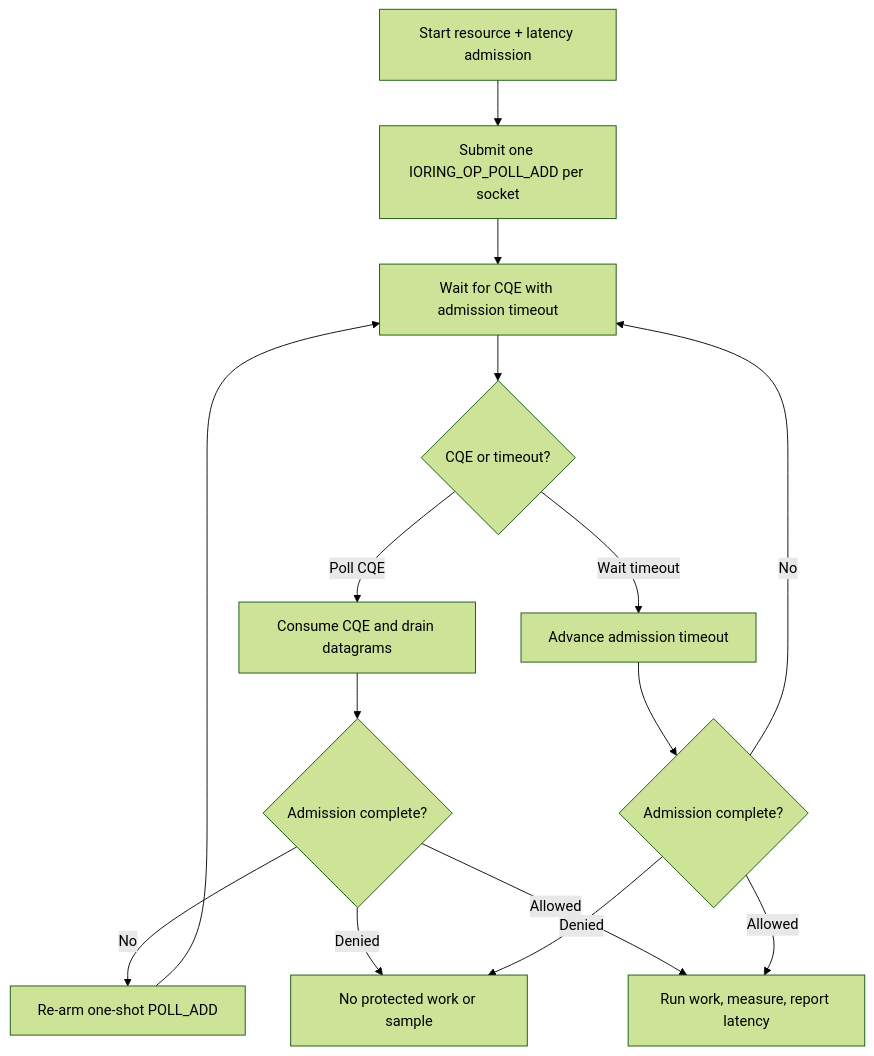
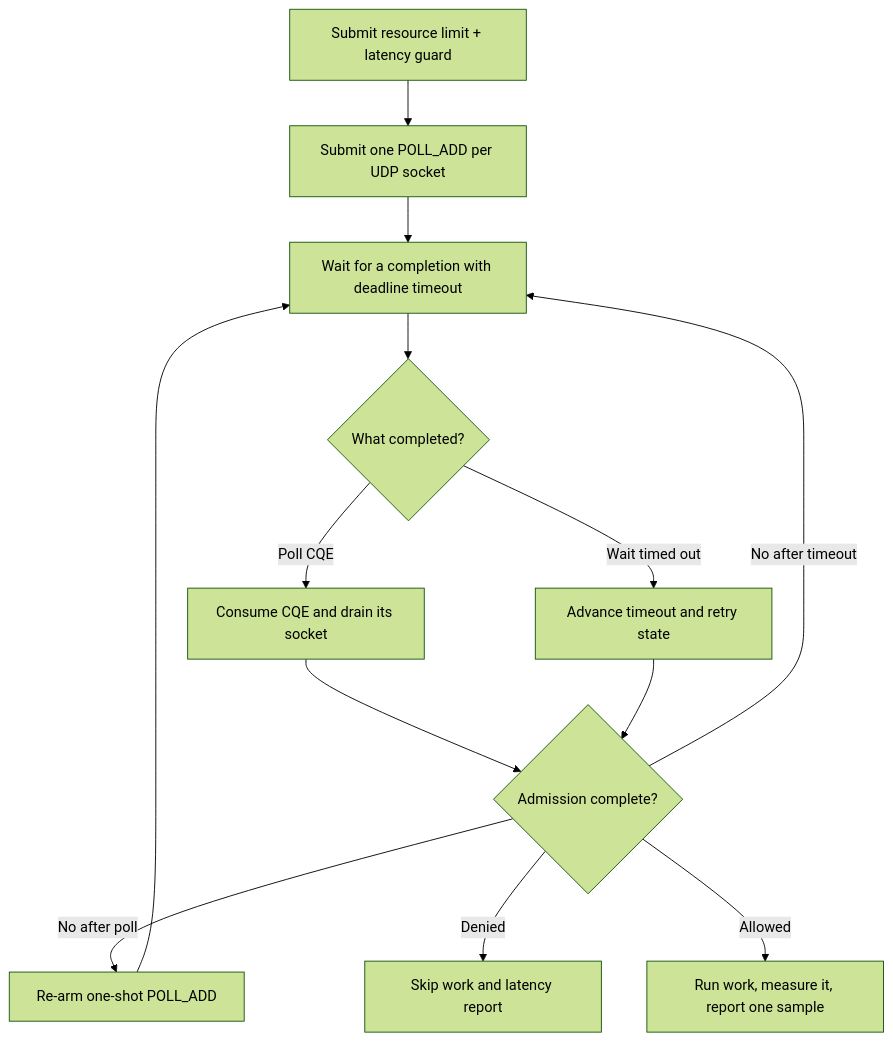
The diagram in examples/liburing/README.md (ratelimitly-com/rl-c-client), drawn with Mermaid (forest theme) before and after one commit. The commit also changed other lines of this file, not shown here.

Commit message:
docs(liburing): explain completion flow

````diff
--- a/examples/liburing/README.md
+++ b/examples/liburing/README.md
@@ -13,17 +26,15 @@
 ```mermaid
 flowchart TD
-    Start["Start resource + latency admission"] --> Submit["Submit one IORING_OP_POLL_ADD per socket"]
-    Submit --> Wait["Wait for CQE with admission timeout"]
-    Wait --> Result{"CQE or timeout?"}
-    Result -->|Poll CQE| Consume["Consume CQE and drain datagrams"]
-    Result -->|Wait timeout| Timeout["Advance admission timeout"]
-    Consume --> ReadDone{"Admission complete?"}
-    Timeout --> TimeDone{"Admission complete?"}
-    ReadDone -->|No| Rearm["Re-arm one-shot POLL_ADD"]
+    Start["Submit resource limit + latency guard"] --> Poll["Submit one POLL_ADD per UDP socket"]
+    Poll --> Wait["Wait for a completion with deadline timeout"]
+    Wait --> Result{"What completed?"}
+    Result -->|Poll CQE| Consume["Consume CQE and drain its socket"]
+    Result -->|Wait timed out| Timeout["Advance timeout and retry state"]
+    Consume --> Decision{"Admission complete?"}
+    Timeout --> Decision
+    Decision -->|No after poll| Rearm["Re-arm one-shot POLL_ADD"]
     Rearm --> Wait
-    TimeDone -->|No| Wait
-    ReadDone -->|Denied| Reject["No protected work or sample"]
-    TimeDone -->|Denied| Reject
-    ReadDone -->|Allowed| Work["Run work, measure, report latency"]
-    TimeDone -->|Allowed| Work
+    Decision -->|No after timeout| Wait
+    Decision -->|Denied| Reject["Skip work and latency report"]
+    Decision -->|Allowed| Work["Run work, measure it, report one sample"]
 ```
````
